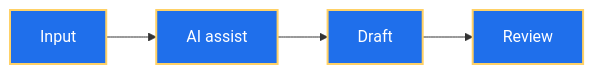
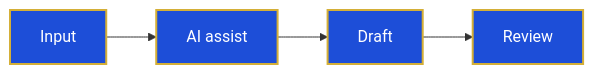
The sixth of 7 diagrams in README.md (mrehanalhassan/mrehanalhassan), drawn with Mermaid before and after one commit. The commit also changed other lines of this file, not shown here.

````diff
--- a/README.md
+++ b/README.md
@@ -172,6 +168,6 @@
 ```mermaid
 flowchart LR
     IN["Input"] --> AA["AI assist"] --> DR["Draft"] --> RV["Review"]
-    classDef step fill:#1F6FEB,stroke:#FFD166,stroke-width:2px,color:#FFFFFF
+    classDef step fill:#1D4ED8,stroke:#D4AF37,stroke-width:2px,color:#FFFFFF
     class IN,AA,DR,RV step
 ```
````
